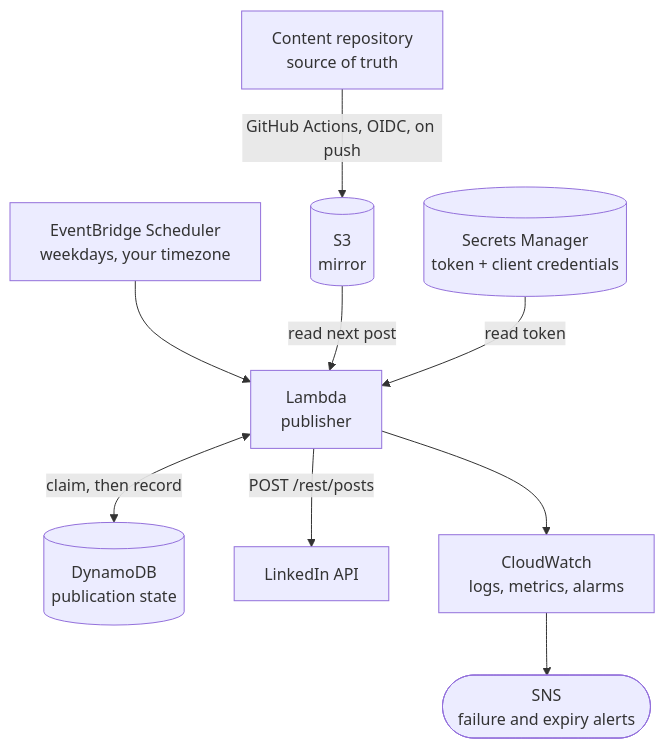
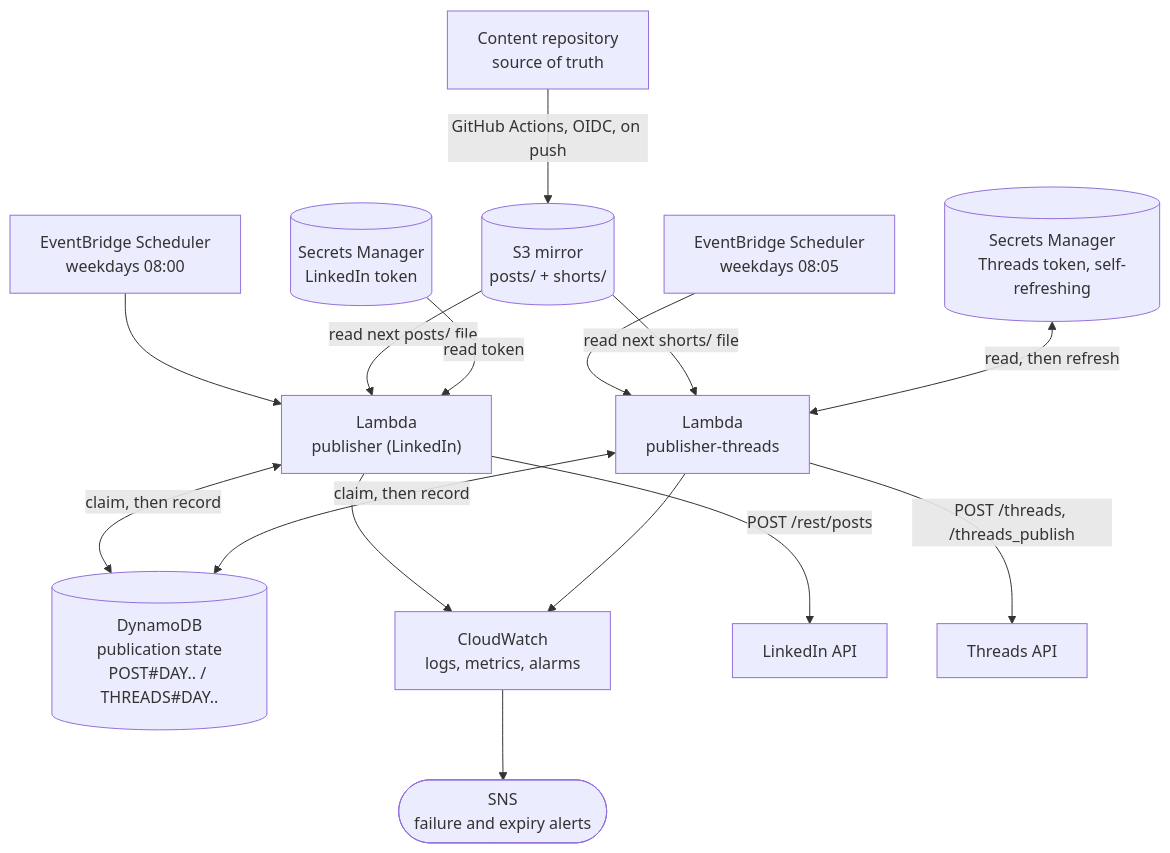
One commit to daoxiao0/aws-serverless-social-publisher changed the diagram in README.md. Above: the diagram before and after it, drawn with Mermaid. The commit also changed other lines of this file and 22 other files, not shown here.

First line of the commit message:
Add Threads as a second, independent publisher

````diff
--- a/README.md
+++ b/README.md
@@ -21,21 +21,36 @@
 ```mermaid
 flowchart TB
     MD["Content repository<br/>source of truth"]
-    S3[("S3<br/>mirror")]
-    SCH["EventBridge Scheduler<br/>weekdays, your timezone"]
-    LAMBDA["Lambda<br/>publisher"]
-    SM[("Secrets Manager<br/>token + client credentials")]
-    DDB[("DynamoDB<br/>publication state")]
-    LI["LinkedIn API"]
+    S3[("S3 mirror<br/>posts/ + shorts/")]
+    DDB[("DynamoDB<br/>publication state<br/>POST#DAY.. / THREADS#DAY..")]
     CW["CloudWatch<br/>logs, metrics, alarms"]
     SNS(["SNS<br/>failure and expiry alerts"])
 
+    SCH1["EventBridge Scheduler<br/>weekdays 08:00"]
+    LAMBDA1["Lambda<br/>publisher (LinkedIn)"]
+    SM1[("Secrets Manager<br/>LinkedIn token")]
+    LI["LinkedIn API"]
+
+    SCH2["EventBridge Scheduler<br/>weekdays 08:05"]
+    LAMBDA2["Lambda<br/>publisher-threads"]
+    SM2[("Secrets Manager<br/>Threads token, self-refreshing")]
+    TH["Threads API"]
+
     MD -->|"GitHub Actions, OIDC, on push"| S3
-    SCH --> LAMBDA
-    S3 -->|"read next post"| LAMBDA
-    SM -->|"read token"| LAMBDA
-    LAMBDA <-->|"claim, then record"| DDB
-    LAMBDA -->|"POST /rest/posts"| LI
-    LAMBDA --> CW
+
+    SCH1 --> LAMBDA1
+    S3 -->|"read next posts/ file"| LAMBDA1
+    SM1 -->|"read token"| LAMBDA1
+    LAMBDA1 <-->|"claim, then record"| DDB
+    LAMBDA1 -->|"POST /rest/posts"| LI
+    LAMBDA1 --> CW
+
+    SCH2 --> LAMBDA2
+    S3 -->|"read next shorts/ file"| LAMBDA2
+    SM2 <-->|"read, then refresh"| LAMBDA2
+    LAMBDA2 <-->|"claim, then record"| DDB
+    LAMBDA2 -->|"POST /threads, /threads_publish"| TH
+    LAMBDA2 --> CW
+
     CW --> SNS
 ```
````
